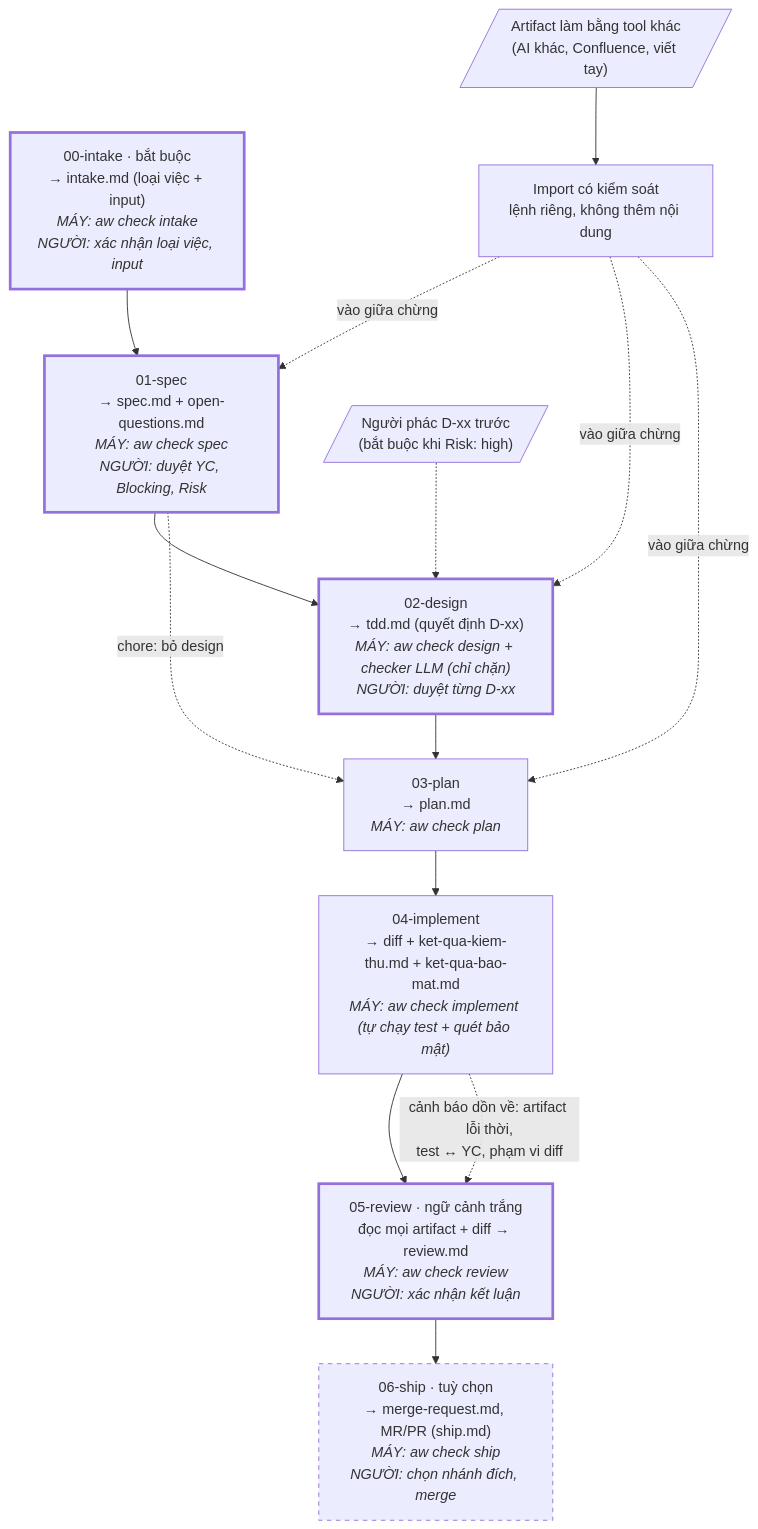
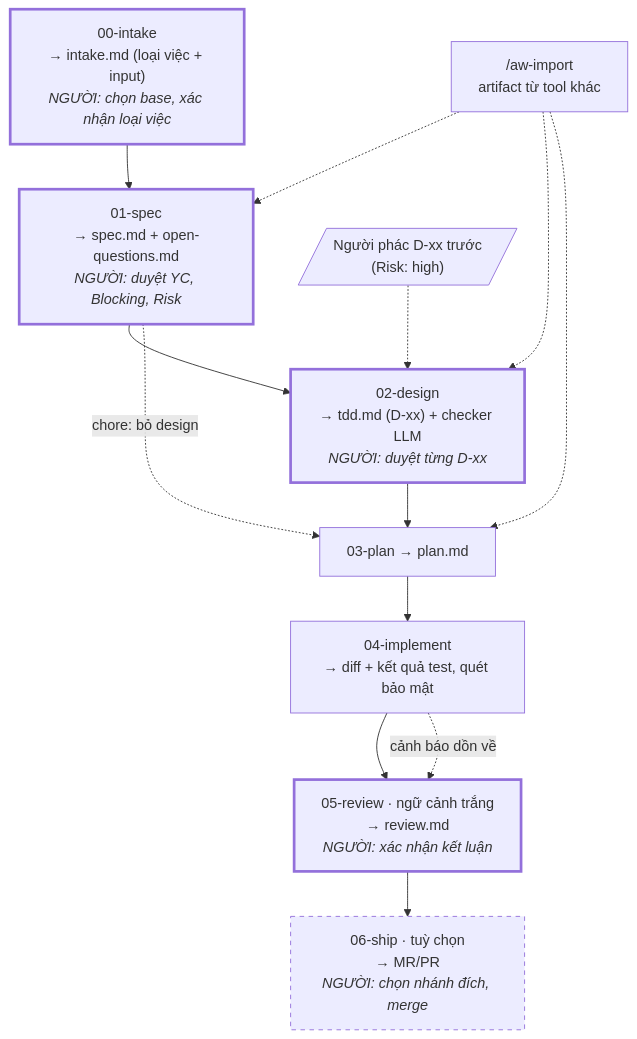
Before and after one commit to dangminhphuc/agent-workflow: the diagram in README.md, drawn with Mermaid. The commit also changed other lines of this file and 21 other files, not shown here.

First line of the commit message:
Tinh gọn nội dung cho agent: phase, rules, lệnh sinh ra, docs

````diff
--- a/README.md
+++ b/README.md
@@ -48,31 +40,25 @@
 ```mermaid
 flowchart TD
-    INTAKE["00-intake · bắt buộc<br/>→ intake.md (loại việc + input)<br/><i>MÁY: aw check intake</i><br/><i>NGƯỜI: xác nhận loại việc, input</i>"]
-    SPEC["01-spec<br/>→ spec.md + open-questions.md<br/><i>MÁY: aw check spec</i><br/><i>NGƯỜI: duyệt YC, Blocking, Risk</i>"]
-    PHAC[/"Người phác D-xx trước<br/>(bắt buộc khi Risk: high)"/]
-    DESIGN["02-design<br/>→ tdd.md (quyết định D-xx)<br/><i>MÁY: aw check design + checker LLM (chỉ chặn)</i><br/><i>NGƯỜI: duyệt từng D-xx</i>"]
-    PLAN["03-plan<br/>→ plan.md<br/><i>MÁY: aw check plan</i>"]
-    IMPL["04-implement<br/>→ diff + ket-qua-kiem-thu.md + ket-qua-bao-mat.md<br/><i>MÁY: aw check implement (tự chạy test + quét bảo mật)</i>"]
-    REVIEW["05-review · ngữ cảnh trắng<br/>đọc mọi artifact + diff → review.md<br/><i>MÁY: aw check review</i><br/><i>NGƯỜI: xác nhận kết luận</i>"]
-    SHIP["06-ship · tuỳ chọn<br/>→ merge-request.md, MR/PR (ship.md)<br/><i>MÁY: aw check ship</i><br/><i>NGƯỜI: chọn nhánh đích, merge</i>"]
+    INTAKE["00-intake<br/>→ intake.md (loại việc + input)<br/><i>NGƯỜI: chọn base, xác nhận loại việc</i>"]
+    SPEC["01-spec<br/>→ spec.md + open-questions.md<br/><i>NGƯỜI: duyệt YC, Blocking, Risk</i>"]
+    PHAC[/"Người phác D-xx trước<br/>(Risk: high)"/]
+    DESIGN["02-design<br/>→ tdd.md (D-xx) + checker LLM<br/><i>NGƯỜI: duyệt từng D-xx</i>"]
+    PLAN["03-plan → plan.md"]
+    IMPL["04-implement<br/>→ diff + kết quả test, quét bảo mật"]
+    REVIEW["05-review · ngữ cảnh trắng<br/>→ review.md<br/><i>NGƯỜI: xác nhận kết luận</i>"]
+    SHIP["06-ship · tuỳ chọn<br/>→ MR/PR<br/><i>NGƯỜI: chọn nhánh đích, merge</i>"]
+    IMPORT["/aw-import<br/>artifact từ tool khác"]
 
-    NGOAI[/"Artifact làm bằng tool khác<br/>(AI khác, Confluence, viết tay)"/]
-    IMPORT["Import có kiểm soát<br/>lệnh riêng, không thêm nội dung"]
-
-    INTAKE --> SPEC --> DESIGN
+    INTAKE --> SPEC --> DESIGN --> PLAN --> IMPL --> REVIEW --> SHIP
     PHAC -.-> DESIGN
-    DESIGN --> PLAN --> IMPL --> REVIEW --> SHIP
     SPEC -. "chore: bỏ design" .-> PLAN
-
-    IMPL -. "cảnh báo dồn về: artifact lỗi thời,<br/>test ↔ YC, phạm vi diff" .-> REVIEW
-
-    NGOAI --> IMPORT
-    IMPORT -. "vào giữa chừng" .-> SPEC
-    IMPORT -. "vào giữa chừng" .-> DESIGN
-    IMPORT -. "vào giữa chừng" .-> PLAN
+    IMPL -. "cảnh báo dồn về" .-> REVIEW
+    IMPORT -.-> SPEC
+    IMPORT -.-> DESIGN
+    IMPORT -.-> PLAN
 
     classDef nguoi stroke-width:3px
     classDef tuychon stroke-dasharray:5 5
     class INTAKE,SPEC,DESIGN,REVIEW nguoi
     class SHIP tuychon
 ```
````
